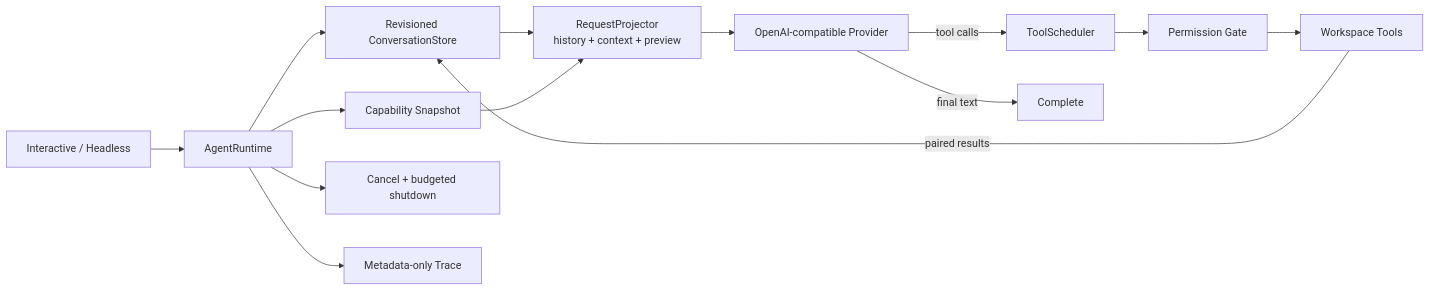
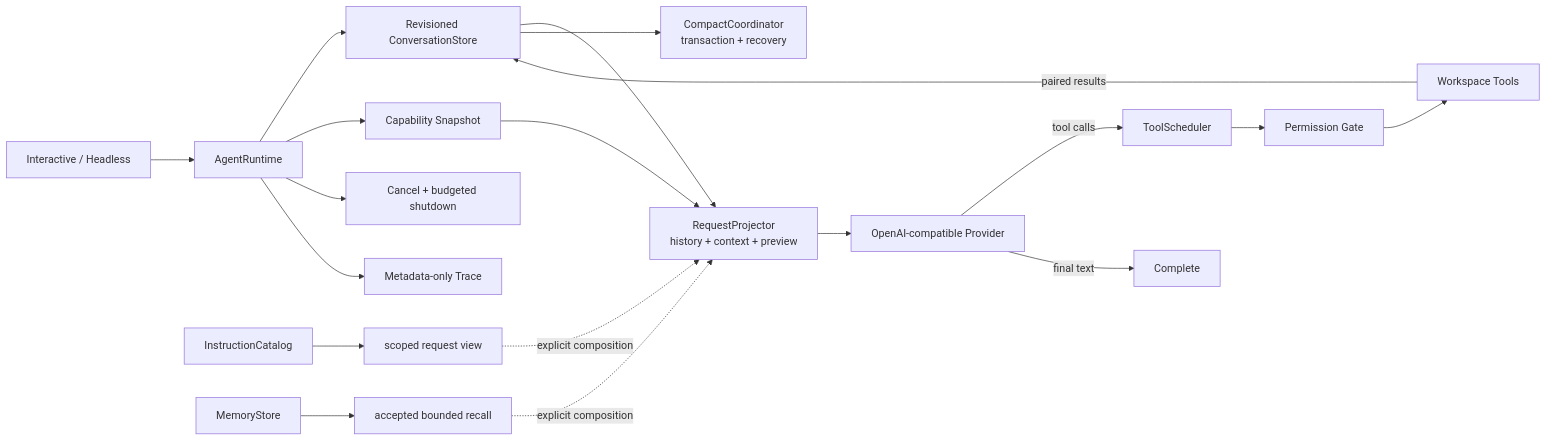
Before and after one commit to bai201928/claude-code-source-course: the third of 3 diagrams in README.md, drawn with Mermaid. The commit also changed other lines of this file and 150 other files, not shown here.

````diff
--- a/README.md
+++ b/README.md
@@ -72,16 +81,21 @@
 ```mermaid
 flowchart LR
   CLI["Interactive / Headless"] --> AR["AgentRuntime"]
   AR --> CS["Revisioned ConversationStore"]
   CS --> RP["RequestProjector\nhistory + context + preview"]
+  CS --> COMPACT["CompactCoordinator\ntransaction + recovery"]
+  INST["InstructionCatalog"] --> IV["scoped request view"]
+  MEM["MemoryStore"] --> MV["accepted bounded recall"]
+  IV -. "explicit composition" .-> RP
+  MV -. "explicit composition" .-> RP
   AR --> SNAP["Capability Snapshot"]
   SNAP --> RP
   RP --> LLM["OpenAI-compatible Provider"]
   LLM -->|"tool calls"| SCH["ToolScheduler"]
   SCH --> PG["Permission Gate"]
   PG --> TOOLS["Workspace Tools"]
   TOOLS -->|"paired results"| CS
   LLM -->|"final text"| DONE["Complete"]
   AR --> ABORT["Cancel + budgeted shutdown"]
   AR --> TRACE["Metadata-only Trace"]
 ```
````
